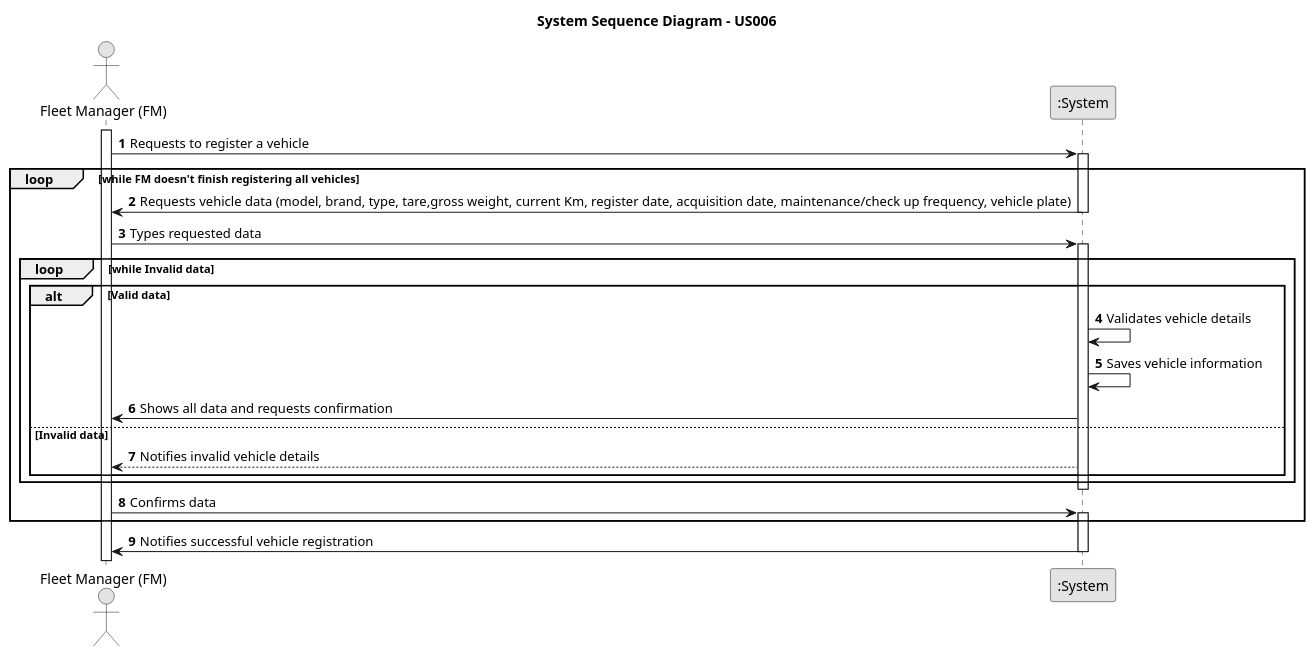
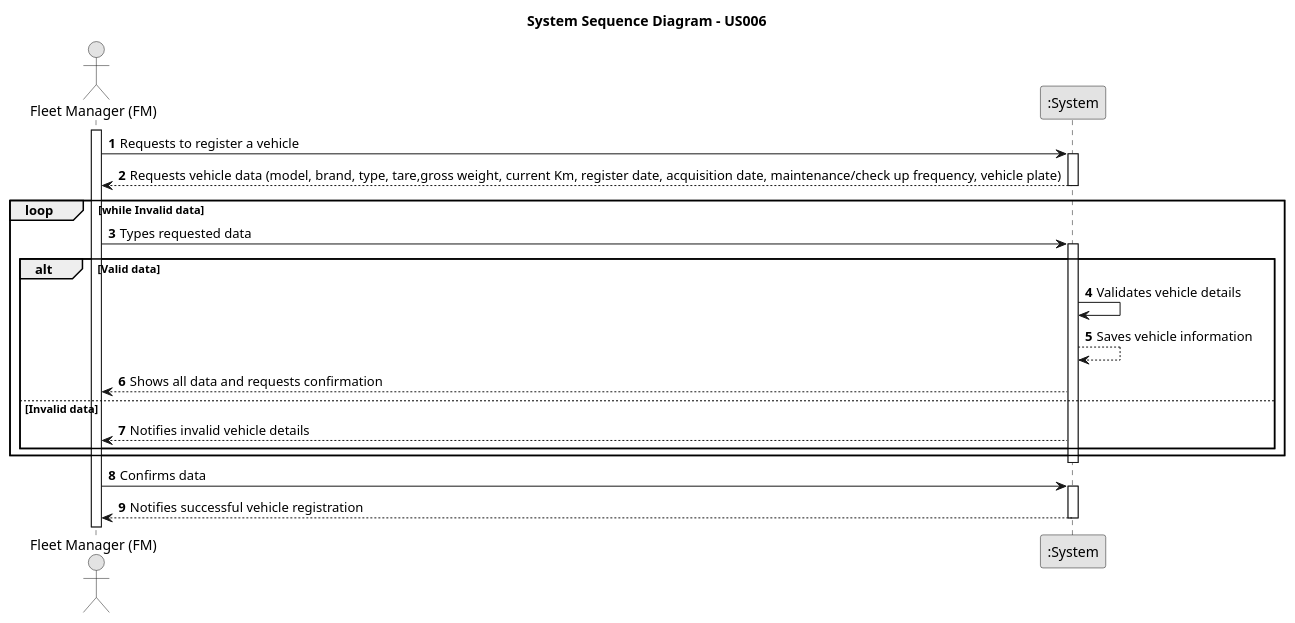
One commit to RicardoMorim/lapr2-ISEP-Project changed the diagram in docs/sprintB/us006/01.requirements-engineering/puml/us006-system-sequence-diagram-alternative-one.puml. Above: the diagram before and after it, drawn with PlantUML. The commit also changed 2 other files, not shown here.

```diff
--- a/docs/sprintB/us006/01.requirements-engineering/puml/us006-system-sequence-diagram-alternative-one.puml
+++ b/docs/sprintB/us006/01.requirements-engineering/puml/us006-system-sequence-diagram-alternative-one.puml
@@ -1,38 +1,36 @@
 @startuml
 skinparam monochrome true
 skinparam packageStyle rectangle
 skinparam shadowing false
 
 actor "Fleet Manager (FM)" as FM
 participant ":System" as System
 autonumber
 
 title System Sequence Diagram - US006
 activate FM
 
 FM -> System : Requests to register a vehicle
-loop while FM doesn't finish registering all vehicles
 activate System
 
-    System -> FM : Requests vehicle data (model, brand, type, tare,gross weight, current Km, register date, acquisition date, maintenance/check up frequency, vehicle plate)
+    System --> FM : Requests vehicle data (model, brand, type, tare,gross weight, current Km, register date, acquisition date, maintenance/check up frequency, vehicle plate)
 
 deactivate System
+loop while Invalid data
     FM -> System : Types requested data
     activate System
-loop while Invalid data
 alt Valid data
 System -> System: Validates vehicle details
-    System -> System: Saves vehicle information
-    System -> FM : Shows all data and requests confirmation
+    System --> System: Saves vehicle information
+    System --> FM : Shows all data and requests confirmation
 else Invalid data
 System --> FM: Notifies invalid vehicle details
 end
 end
 deactivate System
     FM -> System : Confirms data
     activate System
-end
-    System -> FM: Notifies successful vehicle registration
+    System --> FM: Notifies successful vehicle registration
 deactivate System
 
 @enduml
```
